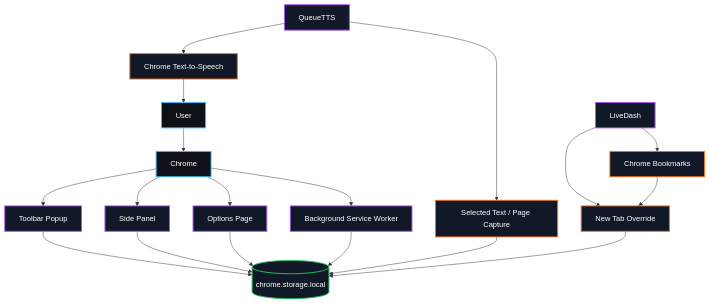
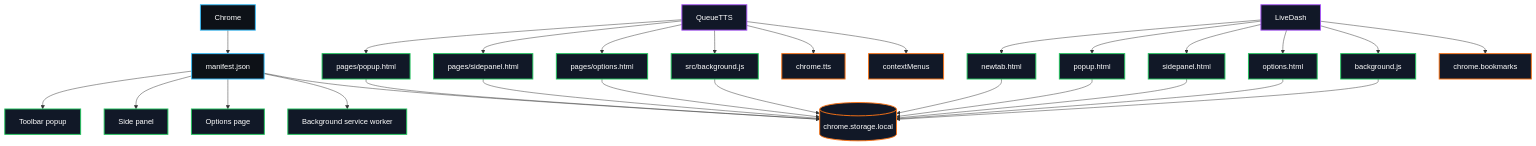
Before and after one commit to Mahan-Imanian/Mahan-Imanian: the diagram in README.md, drawn with Mermaid. The commit also changed other lines of this file, not shown here.

````diff
--- a/README.md
+++ b/README.md
@@ -188,34 +200,44 @@
 ```mermaid
 flowchart TB
-  User["User"] --> Chrome["Chrome"]
+  Chrome["Chrome"] --> Manifest["manifest.json"]
 
-  Chrome --> Action["Toolbar Popup"]
-  Chrome --> SidePanel["Side Panel"]
-  Chrome --> Options["Options Page"]
-  Chrome --> Background["Background Service Worker"]
+  Manifest --> Popup["Toolbar popup"]
+  Manifest --> SidePanel["Side panel"]
+  Manifest --> Options["Options page"]
+  Manifest --> Worker["Background service worker"]
+  Manifest --> Storage[("chrome.storage.local")]
 
-  Action --> Storage[("chrome.storage.local")]
-  SidePanel --> Storage
-  Options --> Storage
-  Background --> Storage
+  QueueTTS["QueueTTS"] --> QPopup["pages/popup.html"]
+  QueueTTS --> QPanel["pages/sidepanel.html"]
+  QueueTTS --> QOptions["pages/options.html"]
+  QueueTTS --> QWorker["src/background.js"]
+  QueueTTS --> QTTS["chrome.tts"]
+  QueueTTS --> QMenus["contextMenus"]
 
-  QueueTTS["QueueTTS"] --> Capture["Selected Text / Page Capture"]
-  QueueTTS --> TTS["Chrome Text-to-Speech"]
-  Capture --> Storage
-  TTS --> User
+  LiveDash["LiveDash"] --> LNewTab["newtab.html"]
+  LiveDash --> LPopup["popup.html"]
+  LiveDash --> LPanel["sidepanel.html"]
+  LiveDash --> LOptions["options.html"]
+  LiveDash --> LWorker["background.js"]
+  LiveDash --> LBookmarks["chrome.bookmarks"]
 
-  LiveDash["LiveDash"] --> NewTab["New Tab Override"]
-  LiveDash --> Bookmarks["Chrome Bookmarks"]
-  NewTab --> Storage
-  Bookmarks --> NewTab
+  QPopup --> Storage
+  QPanel --> Storage
+  QOptions --> Storage
+  QWorker --> Storage
+  LNewTab --> Storage
+  LPopup --> Storage
+  LPanel --> Storage
+  LOptions --> Storage
+  LWorker --> Storage
 
-  classDef chrome fill:#0d1117,stroke:#38bdf8,color:#ffffff,stroke-width:2px;
-  classDef app fill:#111827,stroke:#a855f7,color:#ffffff,stroke-width:2px;
-  classDef data fill:#111827,stroke:#22c55e,color:#ffffff,stroke-width:2px;
-  classDef output fill:#111827,stroke:#f97316,color:#ffffff,stroke-width:2px;
+  classDef core fill:#0d1117,stroke:#38bdf8,color:#ffffff,stroke-width:2px;
+  classDef project fill:#111827,stroke:#a855f7,color:#ffffff,stroke-width:2px;
+  classDef file fill:#111827,stroke:#22c55e,color:#ffffff,stroke-width:2px;
+  classDef api fill:#111827,stroke:#f97316,color:#ffffff,stroke-width:2px;
 
-  class User,Chrome chrome;
-  class Action,SidePanel,Options,Background,QueueTTS,LiveDash app;
-  class Storage data;
-  class Capture,TTS,NewTab,Bookmarks output;
+  class Chrome,Manifest core;
+  class QueueTTS,LiveDash project;
+  class Popup,SidePanel,Options,Worker,QPopup,QPanel,QOptions,QWorker,LNewTab,LPopup,LPanel,LOptions,LWorker file;
+  class Storage,QTTS,QMenus,LBookmarks api;
 ```
````
